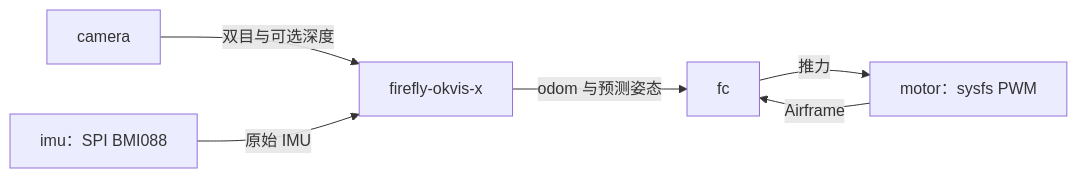
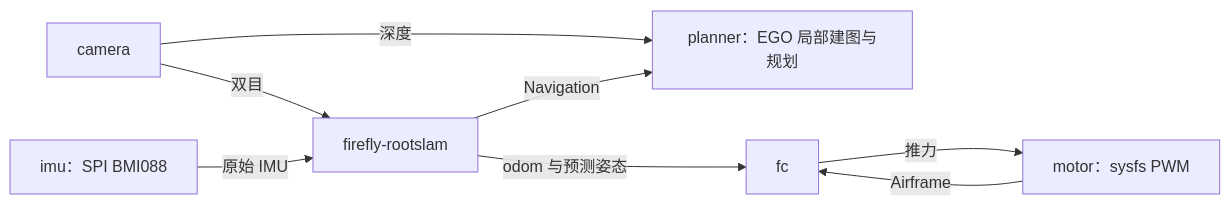
One commit to 3SE-Competitive-Robotics-Team/firefly changed the second of 4 diagrams in docs/architecture.md. Above: the diagram before and after it, drawn with Mermaid. The commit also changed other lines of this file and 323 other files, not shown here.

Commit message:
refactor(navigation): 统一 RootSLAM 与 planner 自持 EGO 深度建图

````diff
--- a/docs/architecture.md
+++ b/docs/architecture.md
@@ -77,8 +75,10 @@
 ```mermaid
 flowchart LR
-    C[camera] -->|双目与可选深度| V[firefly-okvis-x]
+    C[camera] -->|双目| V[firefly-rootslam]
+    C -->|深度| P[planner：EGO 局部建图与规划]
+    V -->|Navigation| P
     M[imu：SPI BMI088] -->|原始 IMU| V
     V -->|odom 与预测姿态| F[fc]
     F -->|推力| T[motor：sysfs PWM]
     T -->|Airframe| F
 ```
````
